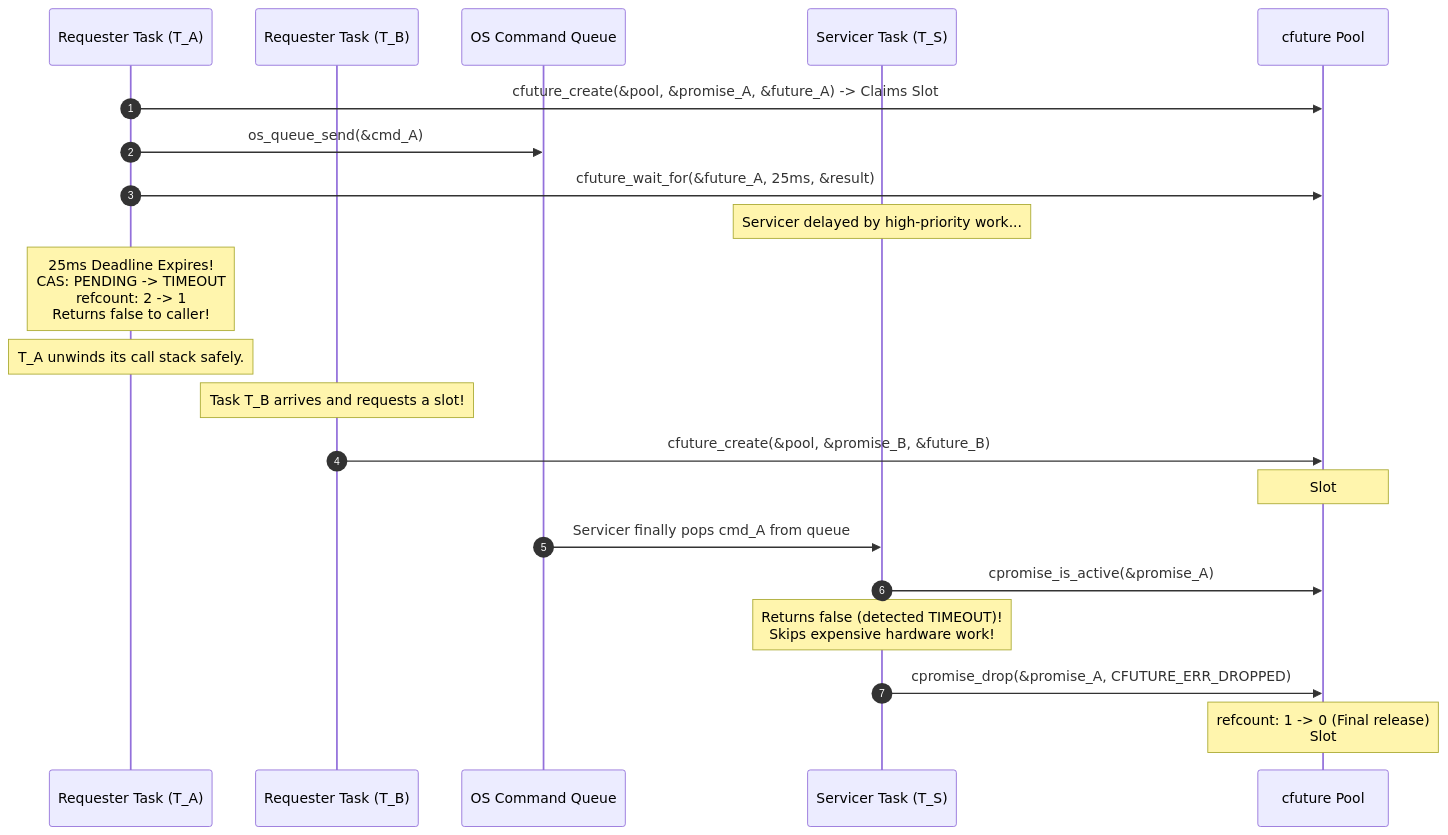
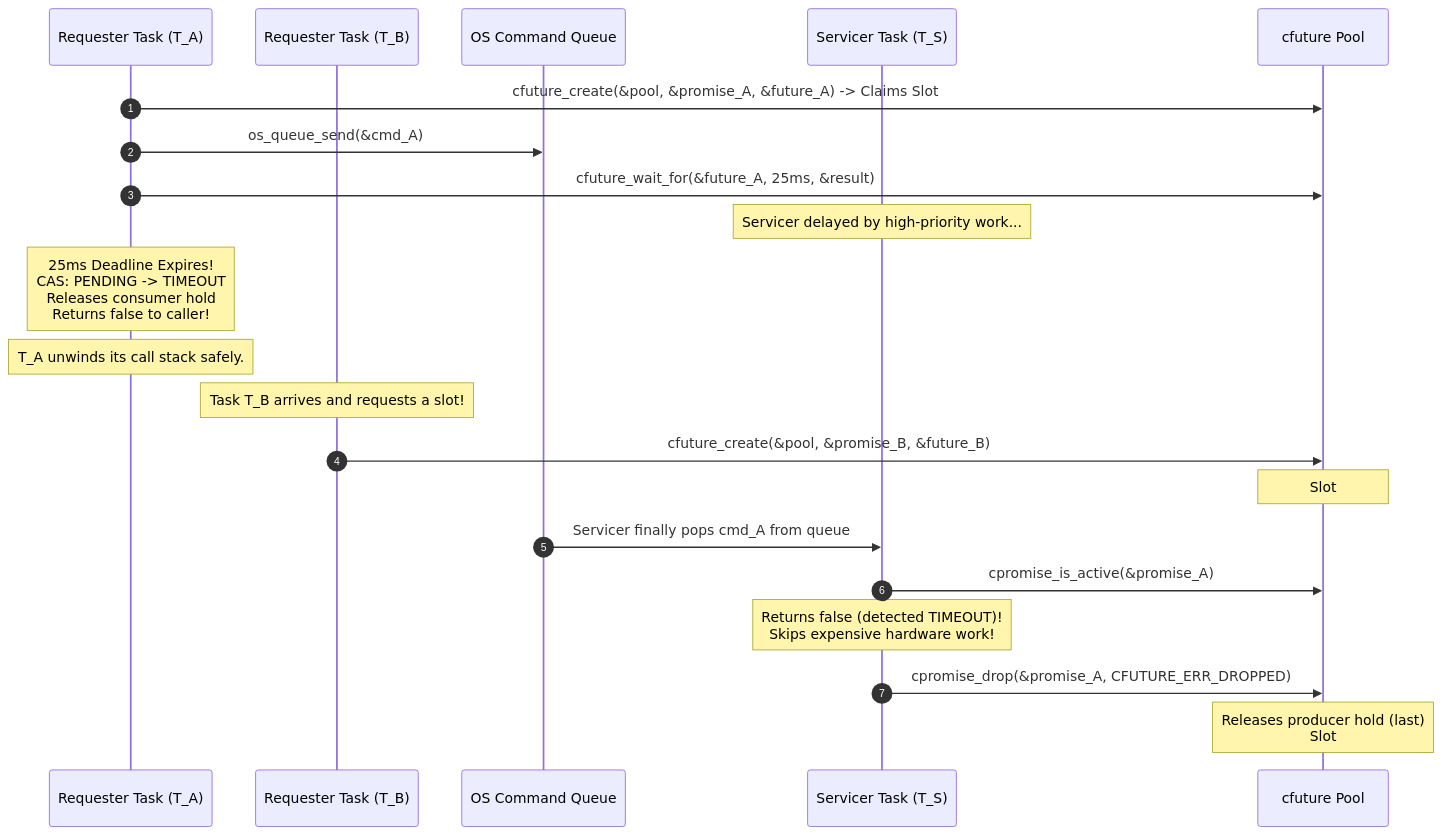
The fourth of 6 diagrams in README.md (Mrunmoy/janus), drawn with Mermaid before and after one commit. The commit also changed other lines of this file and 7 other files, not shown here.

Commit message:
docs: replace reference-count wording with hold bits and fix all stale claims

````diff
--- a/README.md
+++ b/README.md
@@ -401,24 +407,24 @@
 ```mermaid
 sequenceDiagram
     autonumber
     participant A as Requester Task (T_A)
     participant B as Requester Task (T_B)
     participant Q as OS Command Queue
     participant S as Servicer Task (T_S)
     participant P as cfuture Pool
 
     A->>P: cfuture_create(&pool, &promise_A, &future_A) -> Claims Slot #0
     A->>Q: os_queue_send(&cmd_A)
     A->>P: cfuture_wait_for(&future_A, 25ms, &result)
     Note over S: Servicer delayed by high-priority work...
-    Note over A: 25ms Deadline Expires!<br/>CAS: PENDING -> TIMEOUT<br/>refcount: 2 -> 1<br/>Returns false to caller!
+    Note over A: 25ms Deadline Expires!<br/>CAS: PENDING -> TIMEOUT<br/>Releases consumer hold<br/>Returns false to caller!
     Note over A: T_A unwinds its call stack safely.
     Note over B: Task T_B arrives and requests a slot!
     B->>P: cfuture_create(&pool, &promise_B, &future_B)
-    Note over P: Slot #0 is STILL ALLOCATED (refcount=1)<br/>Claims Slot #1 for T_B!<br/>ZERO ABA HAZARD!
+    Note over P: Slot #0 is STILL ALLOCATED (producer hold)<br/>Claims Slot #1 for T_B!<br/>ZERO ABA HAZARD!
     Q->>S: Servicer finally pops cmd_A from queue
     S->>P: cpromise_is_active(&promise_A)
     Note over S: Returns false (detected TIMEOUT)!<br/>Skips expensive hardware work!
     S->>P: cpromise_drop(&promise_A, CFUTURE_ERR_DROPPED)
-    Note over P: refcount: 1 -> 0 (Final release)<br/>Slot #0 recycled into bitmask!
+    Note over P: Releases producer hold (last)<br/>Slot #0 recycled into bitmask!
 ```
````
